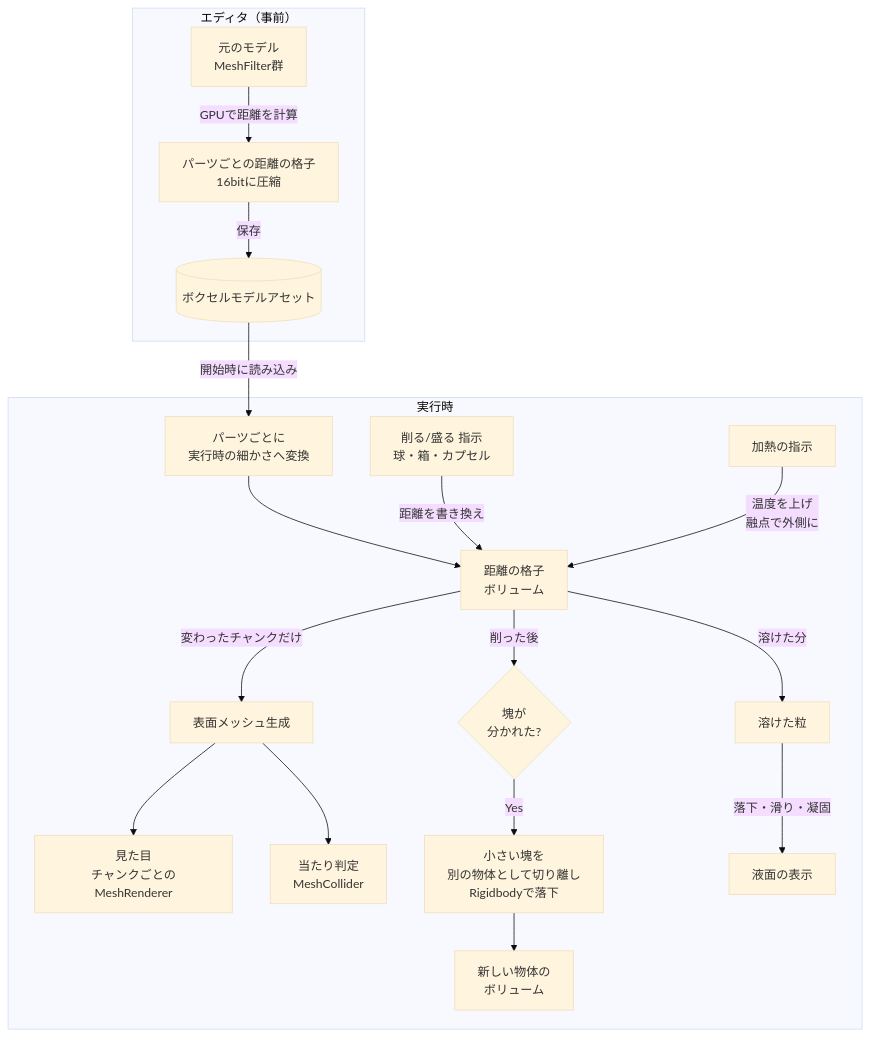
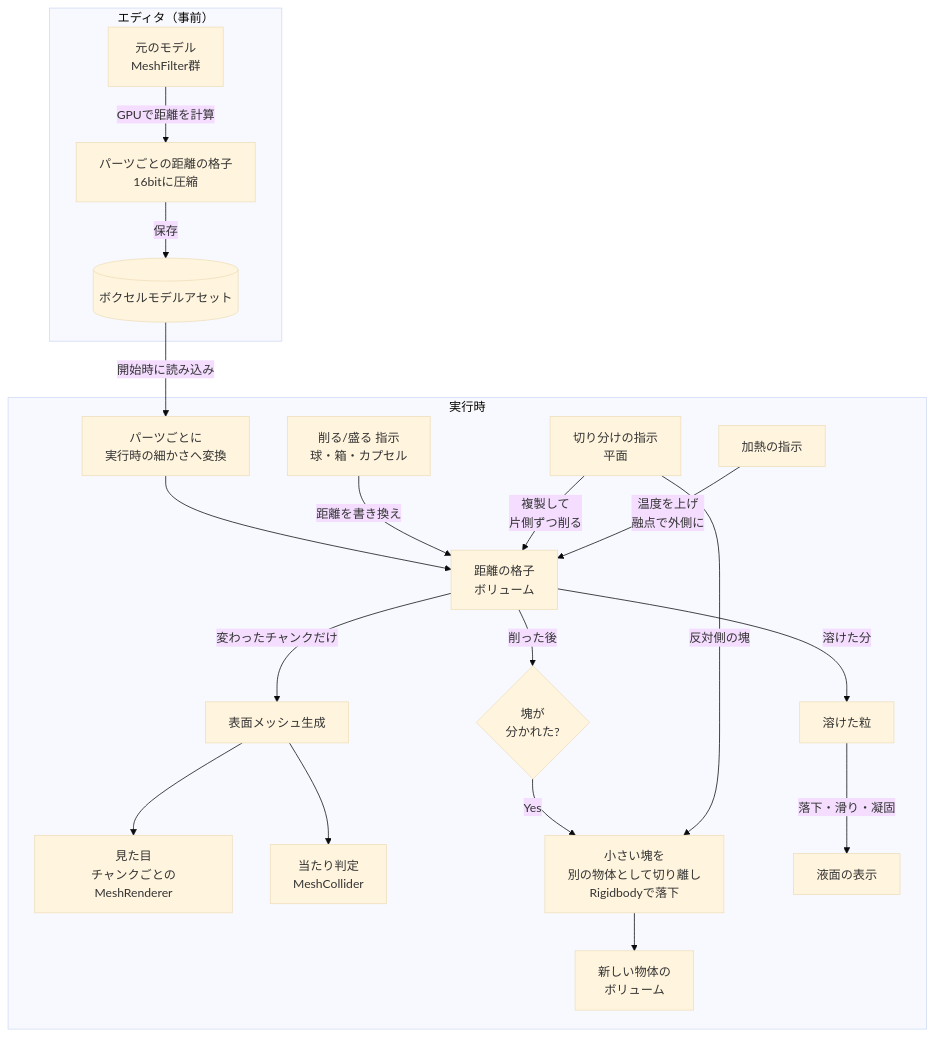
Before and after one commit to TaguchiRei/Kizami: the second of 3 diagrams in Assets/Docs/Voxel/VoxelOverview.md, drawn with Mermaid (base theme). The commit also changed other lines of this file and 5 other files, not shown here.

````diff
--- a/Assets/Docs/Voxel/VoxelOverview.md
+++ b/Assets/Docs/Voxel/VoxelOverview.md
@@ -47,22 +48,24 @@
 ```mermaid
 flowchart TD
     subgraph Editor["エディタ（事前）"]
         M[元のモデル<br/>MeshFilter群] -->|GPUで距離を計算| SDF[パーツごとの距離の格子<br/>16bitに圧縮]
         SDF -->|保存| Asset[(ボクセルモデルアセット)]
     end
 
     subgraph Runtime["実行時"]
         Asset -->|開始時に読み込み| Load[パーツごとに<br/>実行時の細かさへ変換]
         Load --> Vol[距離の格子<br/>ボリューム]
         Edit[削る/盛る 指示<br/>球・箱・カプセル] -->|距離を書き換え| Vol
         Vol -->|変わったチャンクだけ| Mesh[表面メッシュ生成]
         Mesh --> Render[見た目<br/>チャンクごとのMeshRenderer]
         Mesh --> Col[当たり判定<br/>MeshCollider]
         Vol -->|削った後| Split{塊が<br/>分かれた?}
         Split -->|Yes| New[小さい塊を<br/>別の物体として切り離し<br/>Rigidbodyで落下]
         New --> Vol2[新しい物体の<br/>ボリューム]
+        Cut[切り分けの指示<br/>平面] -->|複製して<br/>片側ずつ削る| Vol
+        Cut -->|反対側の塊| New
         Heat[加熱の指示] -->|温度を上げ<br/>融点で外側に| Vol
         Vol -->|溶けた分| Drop[溶けた粒]
         Drop -->|落下・滑り・凝固| Liquid[液面の表示]
     end
 ```
````
